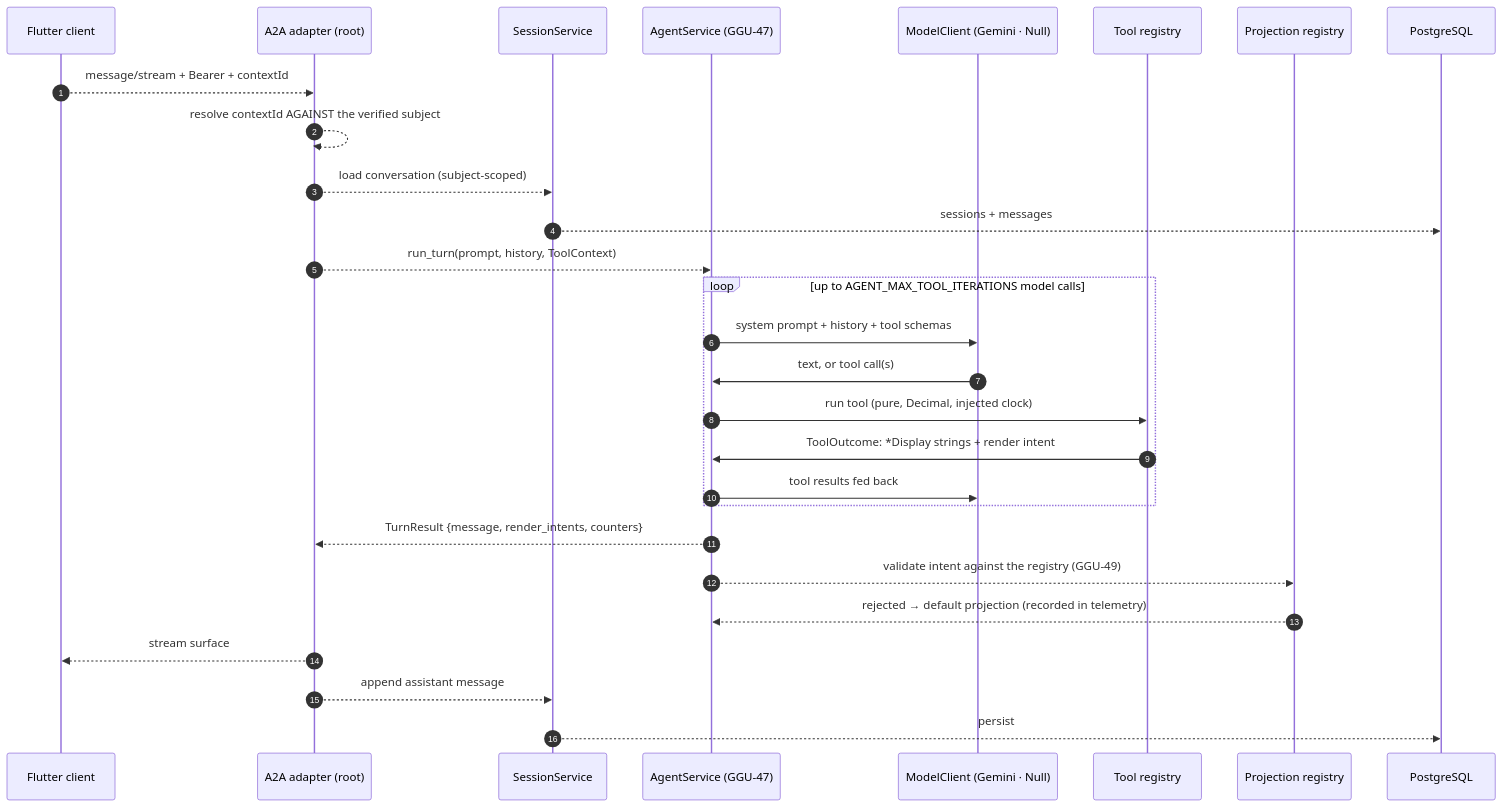
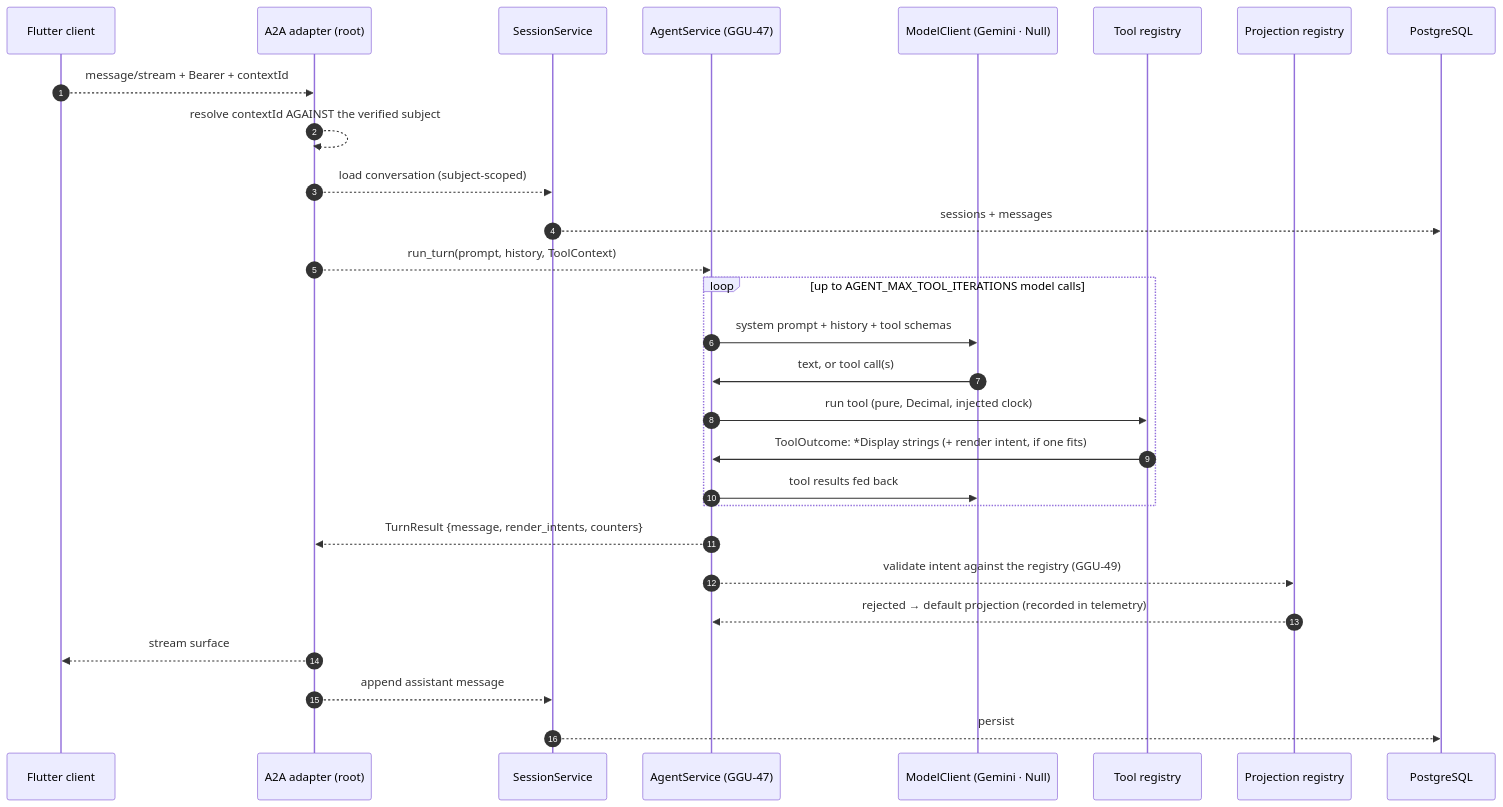
The diagram in docs/diagrams/05-agent-turn.md (somnio-projects/finance-google-a2ui), drawn with Mermaid before and after one commit. The commit also changed 13 other files, not shown here.

````diff
--- a/docs/diagrams/05-agent-turn.md
+++ b/docs/diagrams/05-agent-turn.md
@@ -12,39 +12,42 @@
 ```mermaid
 sequenceDiagram
     autonumber
     participant C as Flutter client
     participant A as A2A adapter (root)
     participant S as SessionService
     participant H as AgentService (GGU-47)
     participant M as ModelClient (Gemini · Null)
     participant T as Tool registry
     participant P as Projection registry
     participant DB as PostgreSQL
 
     C-->>A: message/stream + Bearer + contextId
     A-->>A: resolve contextId AGAINST the verified subject
     A-->>S: load conversation (subject-scoped)
     S-->>DB: sessions + messages
     A-->>H: run_turn(prompt, history, ToolContext)
 
     loop up to AGENT_MAX_TOOL_ITERATIONS model calls
         H->>M: system prompt + history + tool schemas
         M->>H: text, or tool call(s)
         H->>T: run tool (pure, Decimal, injected clock)
-        T->>H: ToolOutcome: *Display strings + render intent
+        T->>H: ToolOutcome: *Display strings (+ render intent, if one fits)
         H->>M: tool results fed back
     end
     H-->>A: TurnResult {message, render_intents, counters}
 
     H-->>P: validate intent against the registry (GGU-49)
     P-->>H: rejected → default projection (recorded in telemetry)
     A-->>C: stream surface #1, #2 …
     A-->>S: append assistant message
     S-->>DB: persist
 
     %% Solid = shipped in GGU-47. Dashed = the surrounding tickets.
     %% A turn emits exactly one agent.turn metric and one log line:
     %% model, outcome, duration, counters — never prompt, result or subject.
     %% An unknown or raising tool becomes {"error": ...} fed back, not a failed turn.
+    %% A tool emits a render intent only when a registered projection actually
+    %% fits the answer it just produced: a filtered or re-ordered result whose
+    %% chart would contradict it carries none (spec 0011 OD-1).
     %% The model picks a view; it never invents a shape or a number.
 ```
````
